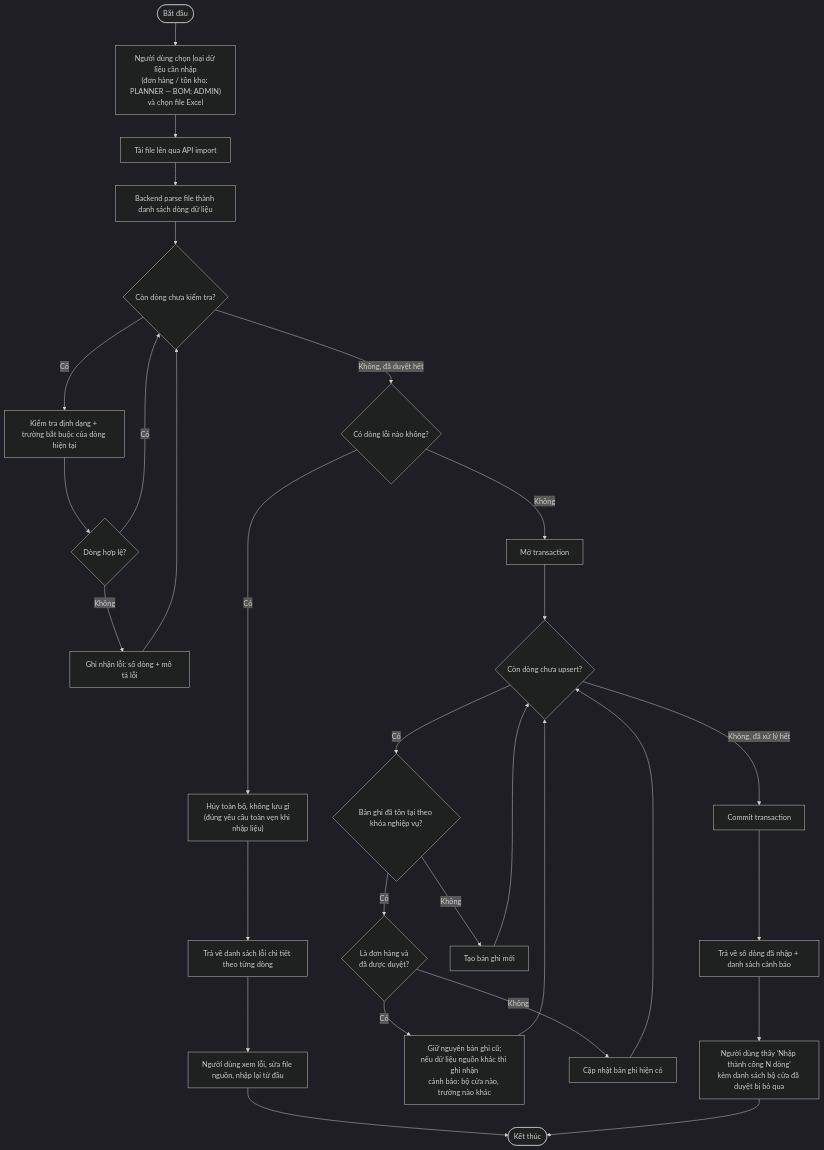
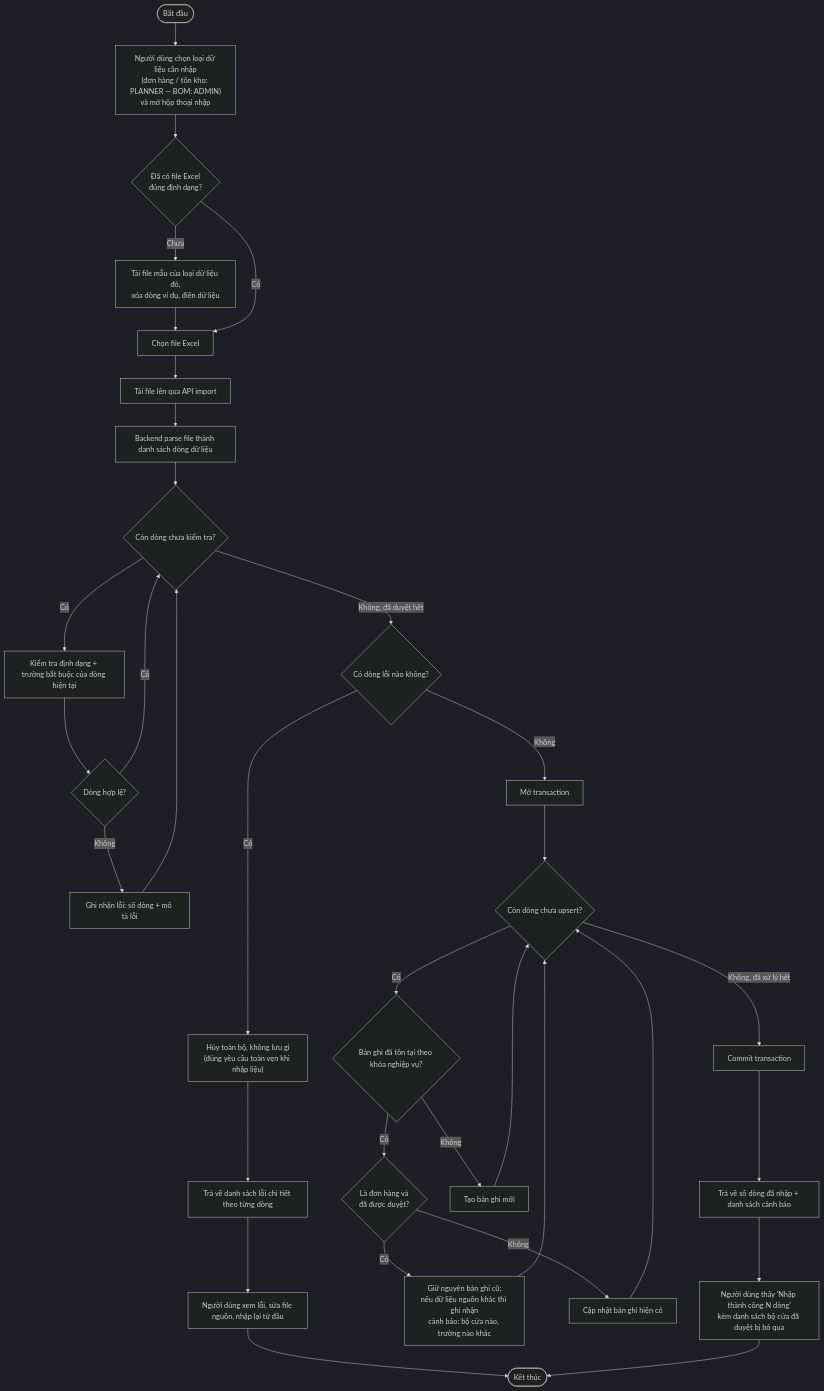
One commit to huydeptraii123/GraduationThesis changed the first of 5 diagrams in docs/activity-diagrams.md. Above: the diagram before and after it, drawn with Mermaid (dark theme). The commit also changed other lines of this file and 4 other files, not shown here.

Commit message:
docs: ghi nhận file Excel mẫu cho luồng nhập và ca kiểm thử TC-IMP-10, TC-IMP-11

````diff
--- a/docs/activity-diagrams.md
+++ b/docs/activity-diagrams.md
@@ -9,33 +9,37 @@
 ```mermaid
 flowchart TD
-    A([Bắt đầu]) --> B["Người dùng chọn loại dữ liệu cần nhập<br/>(đơn hàng / tồn kho: PLANNER — BOM: ADMIN)<br/>và chọn file Excel"]
-    B --> C["Tải file lên qua API import"]
+    A([Bắt đầu]) --> B["Người dùng chọn loại dữ liệu cần nhập<br/>(đơn hàng / tồn kho: PLANNER — BOM: ADMIN)<br/>và mở hộp thoại nhập"]
+    B --> A1{"Đã có file Excel<br/>đúng định dạng?"}
+    A1 -- "Chưa" --> A2["Tải file mẫu của loại dữ liệu đó,<br/>xóa dòng ví dụ, điền dữ liệu"]
+    A2 --> B2["Chọn file Excel"]
+    A1 -- "Có" --> B2
+    B2 --> C["Tải file lên qua API import"]
     C --> D["Backend parse file thành danh sách dòng dữ liệu"]
     D --> E{"Còn dòng chưa kiểm tra?"}
     E -- "Có" --> F["Kiểm tra định dạng + trường bắt buộc của dòng hiện tại"]
     F --> G{"Dòng hợp lệ?"}
     G -- "Không" --> H["Ghi nhận lỗi: số dòng + mô tả lỗi"]
     H --> E
     G -- "Có" --> E
     E -- "Không, đã duyệt hết" --> I{"Có dòng lỗi nào không?"}
 
     I -- "Có" --> J["Hủy toàn bộ, không lưu gì<br/>(đúng yêu cầu toàn vẹn khi nhập liệu)"]
     J --> K["Trả về danh sách lỗi chi tiết theo từng dòng"]
     K --> L["Người dùng xem lỗi, sửa file nguồn, nhập lại từ đầu"]
     L --> Z([Kết thúc])
 
     I -- "Không" --> M["Mở transaction"]
     M --> N{"Còn dòng chưa upsert?"}
     N -- "Có" --> O{"Bản ghi đã tồn tại theo khóa nghiệp vụ?"}
     O -- "Có" --> O2{"Là đơn hàng và<br/>đã được duyệt?"}
     O2 -- "Có" --> O3["Giữ nguyên bản ghi cũ;<br/>nếu dữ liệu nguồn khác thì ghi nhận<br/>cảnh báo: bộ cửa nào, trường nào khác"]
     O3 --> N
     O2 -- "Không" --> P["Cập nhật bản ghi hiện có"]
     O -- "Không" --> Q["Tạo bản ghi mới"]
     P --> N
     Q --> N
     N -- "Không, đã xử lý hết" --> R["Commit transaction"]
     R --> S["Trả về số dòng đã nhập + danh sách cảnh báo"]
     S --> T["Người dùng thấy 'Nhập thành công N dòng'<br/>kèm danh sách bộ cửa đã duyệt bị bỏ qua"]
     T --> Z
 ```
````
